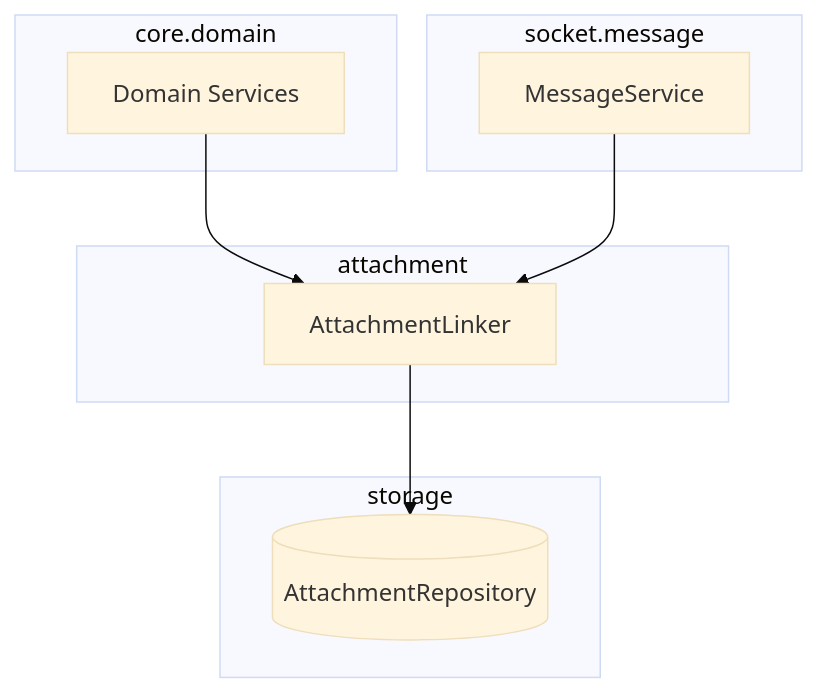
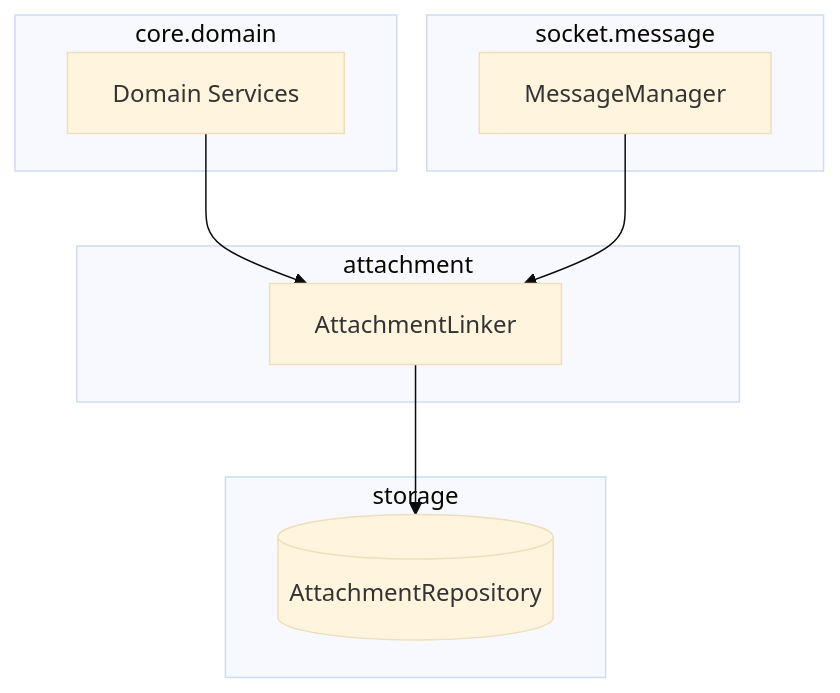
The third of 5 diagrams in apps/api/docs/attachment-architecture.md (mortonCareer/bconnect), drawn with Mermaid (base theme) before and after one commit. The commit also changed other lines of this file and 4 other files, not shown here.

````diff
--- a/apps/api/docs/attachment-architecture.md
+++ b/apps/api/docs/attachment-architecture.md
@@ -79,18 +79,18 @@
 ```mermaid
 graph TD
     subgraph core.domain
         DS[Domain Services]
     end
     subgraph socket.message
-        MsgS[MessageService]
+        MsgS[MessageManager]
     end
     subgraph attachment
         Linker[AttachmentLinker]
     end
     subgraph storage
         AttR[("AttachmentRepository")]
     end
     DS --> Linker
     MsgS --> Linker
     Linker --> AttR
 ```
````
